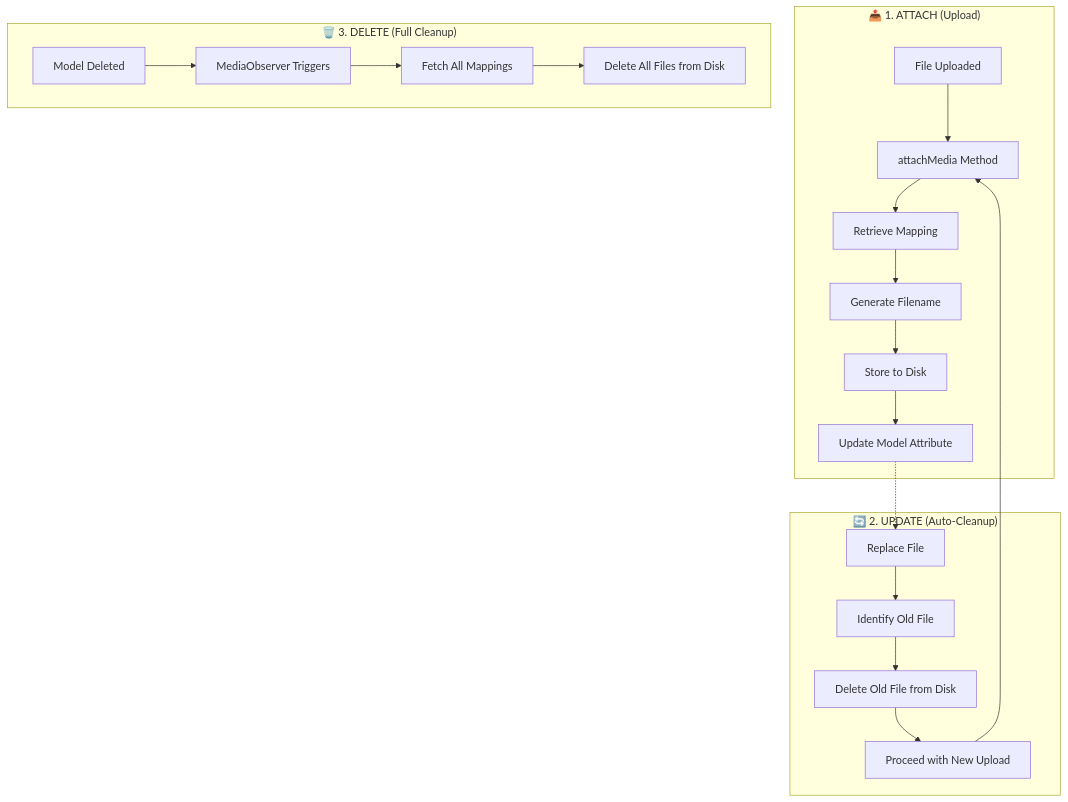
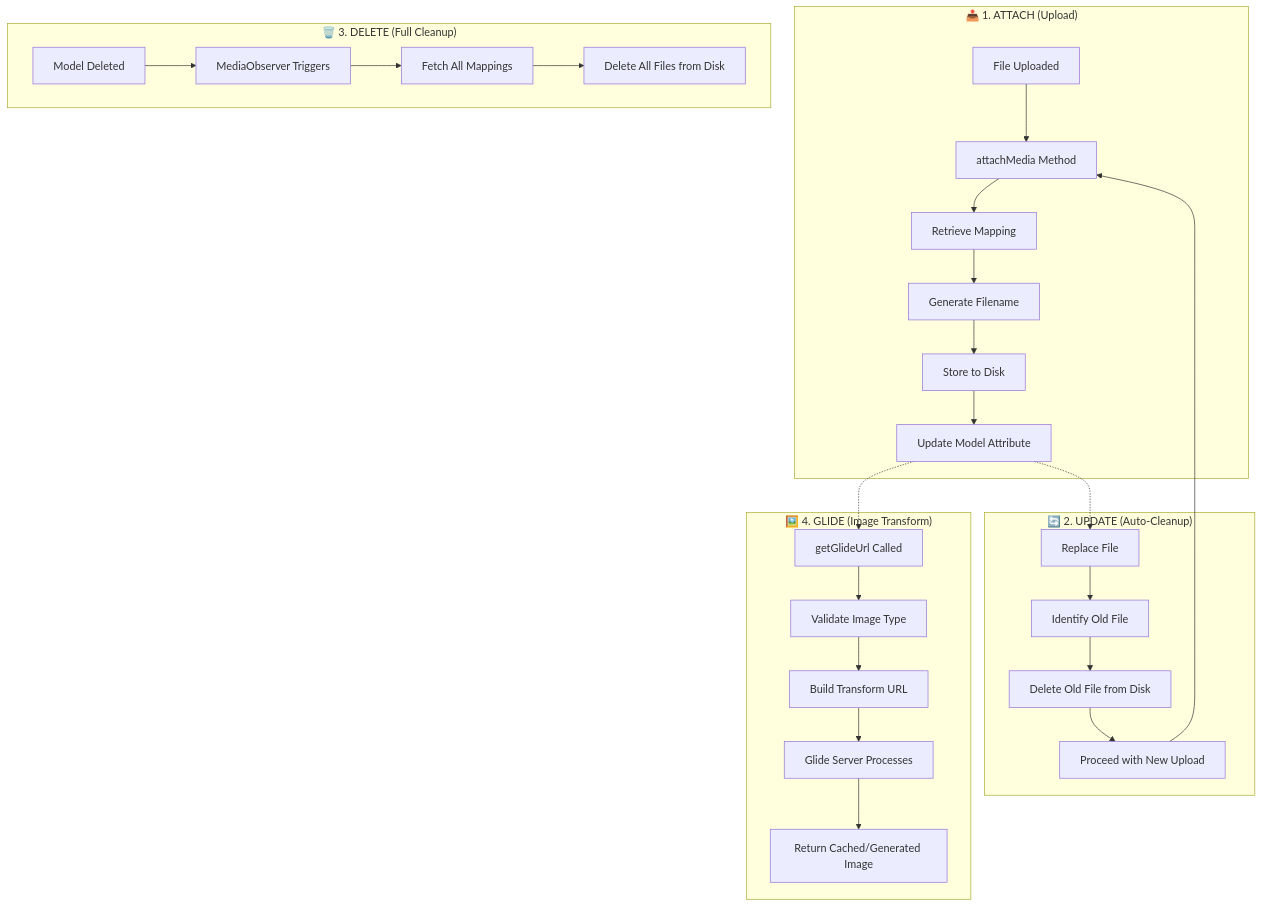
One commit to ibra379/laravel-model-media changed the diagram in README.md. Above: the diagram before and after it, drawn with Mermaid. The commit also changed other lines of this file and 16 other files, not shown here.

First line of the commit message:
feat(glide): add Glide image manipulation plugin with tests

````diff
--- a/README.md
+++ b/README.md
@@ -134,25 +570,33 @@
 ```mermaid
 graph TD
     subgraph Upload ["📤 1. ATTACH (Upload)"]
         A[File Uploaded] --> B[attachMedia Method]
         B --> C[Retrieve Mapping]
         C --> D[Generate Filename]
         D --> E[Store to Disk]
         E --> F[Update Model Attribute]
     end
 
     subgraph Update ["🔄 2. UPDATE (Auto-Cleanup)"]
         G[Replace File] --> H[Identify Old File]
         H --> I[Delete Old File from Disk]
         I --> J[Proceed with New Upload]
     end
 
     subgraph Delete ["🗑️ 3. DELETE (Full Cleanup)"]
         K[Model Deleted] --> L[MediaObserver Triggers]
         L --> M[Fetch All Mappings]
         M --> N[Delete All Files from Disk]
     end
 
+    subgraph Glide ["🖼️ 4. GLIDE (Image Transform)"]
+        O[getGlideUrl Called] --> P[Validate Image Type]
+        P --> Q[Build Transform URL]
+        Q --> R[Glide Server Processes]
+        R --> S[Return Cached/Generated Image]
+    end
+
     F -.-> G
     J --> B
+    F -.-> O
 ```
````
